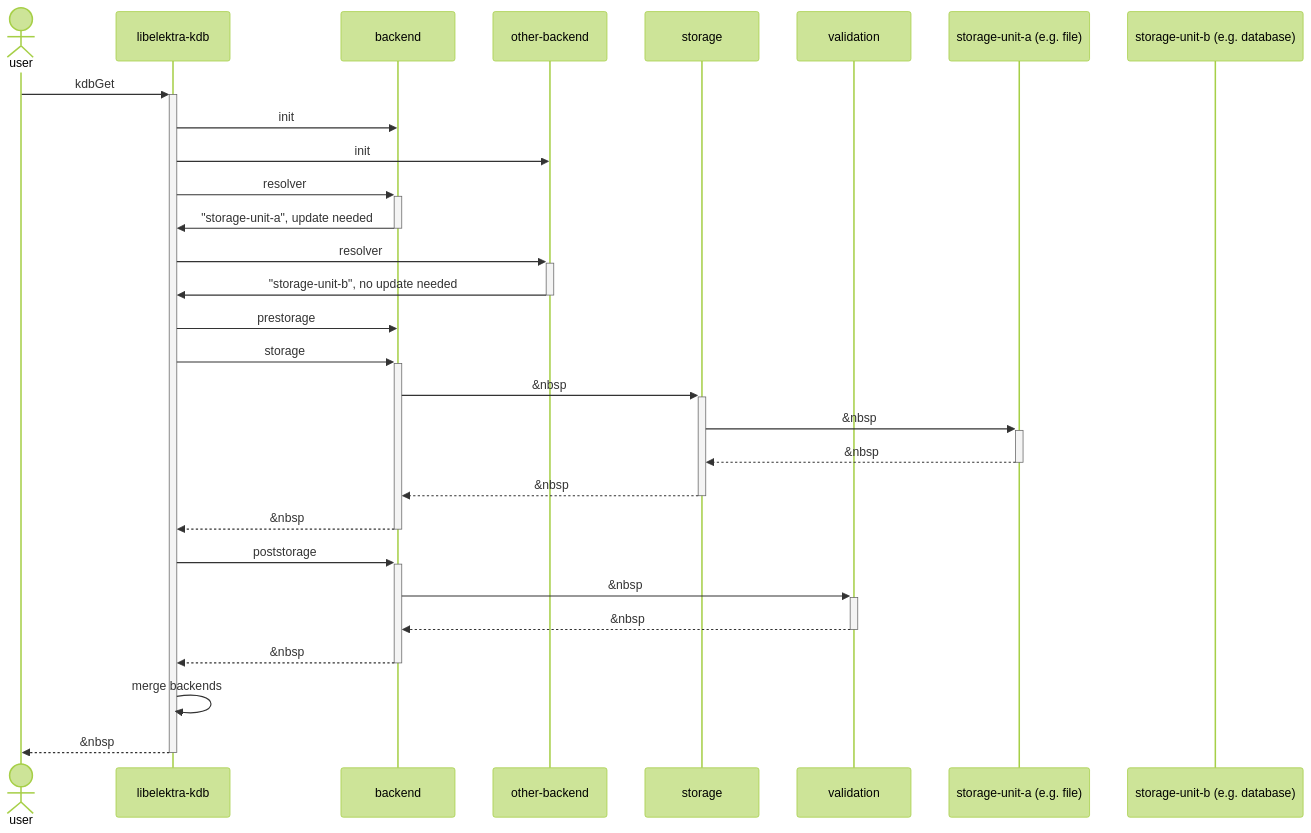
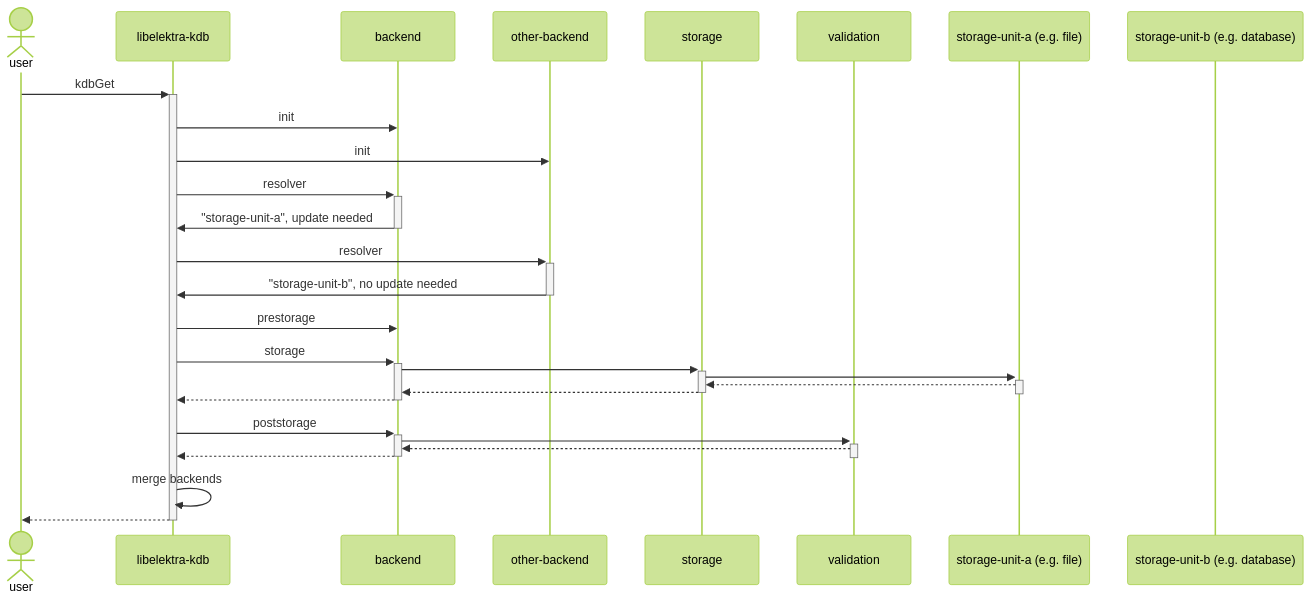
The first of 2 diagrams in doc/dev/backend-plugins.md (ElektraInitiative/libelektra), drawn with Mermaid (forest theme) before and after one commit. The commit also changed other lines of this file and 19 other files, not shown here.

````diff
--- a/doc/dev/backend-plugins.md
+++ b/doc/dev/backend-plugins.md
@@ -8,32 +11,32 @@
 ```mermaid
 sequenceDiagram
     actor user
     participant kdb as libelektra-kdb
     participant backend as backend
     participant other as other-backend
     participant storage
     participant validation
     participant sa as storage-unit-a (e.g. file)
     participant sb as storage-unit-b (e.g. database)
 
     user->>+kdb: kdbGet
     kdb->>backend: init
     kdb->>other: init
     kdb->>+backend: resolver
     backend->>-kdb: "storage-unit-a", update needed
     kdb->>+other: resolver
     other->>-kdb: "storage-unit-b", no update needed
     kdb->>backend: prestorage
     kdb->>+backend: storage
-    backend->>+storage: &nbsp;
-    storage->>+sa: &nbsp;
-    sa-->>-storage: &nbsp;
-    storage-->>-backend: &nbsp;
-    backend-->>-kdb: &nbsp;
+    backend->>+storage: #
+    storage->>+sa: #
+    sa-->>-storage: #
+    storage-->>-backend: #
+    backend-->>-kdb: #
     kdb->>+backend: poststorage
-    backend->>+validation: &nbsp;
-    validation-->>-backend: &nbsp;
-    backend-->>-kdb: &nbsp;
+    backend->>+validation: #
+    validation-->>-backend: #
+    backend-->>-kdb: #
     kdb->>kdb: merge backends
-    kdb-->>-user: &nbsp;
+    kdb-->>-user: #
 ```
````
